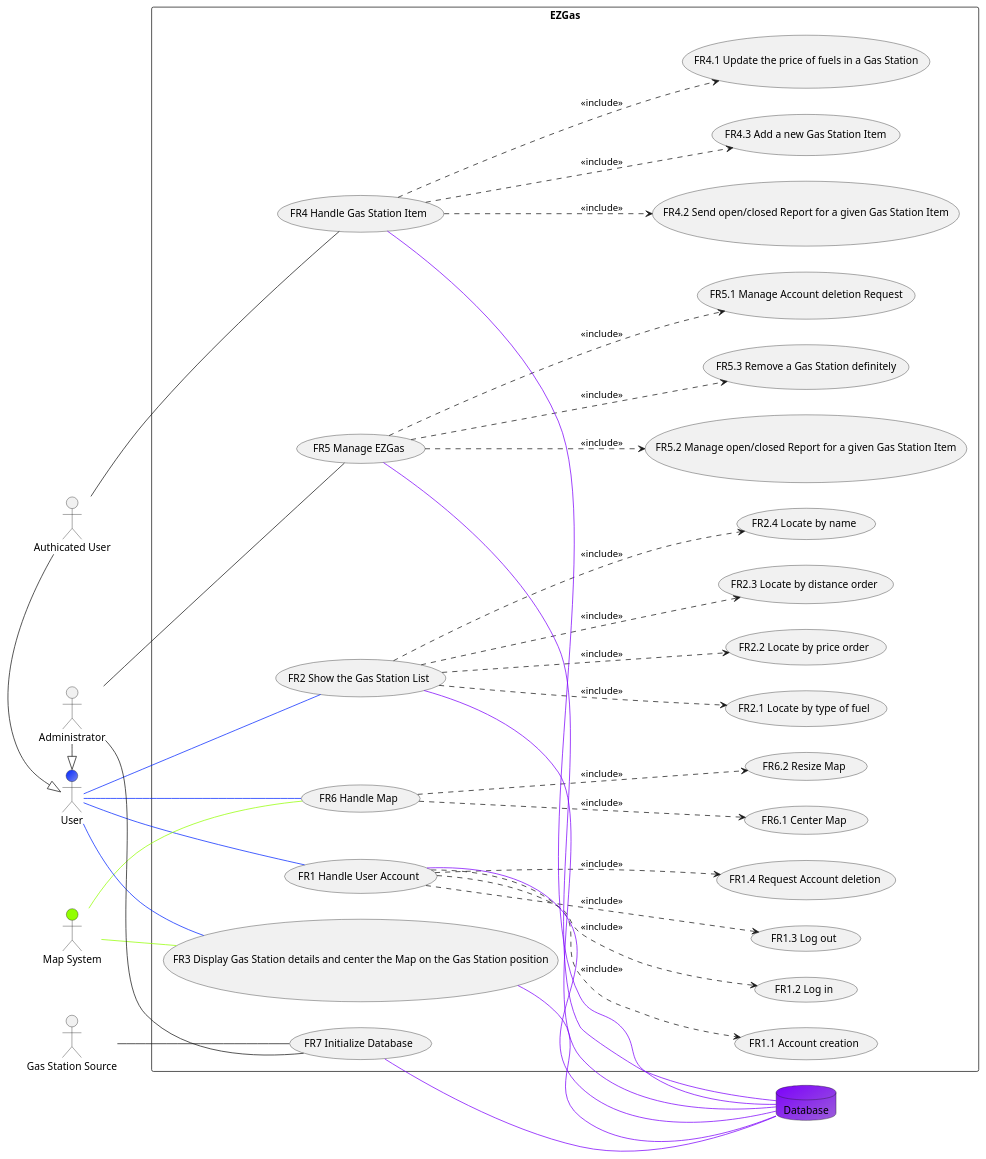
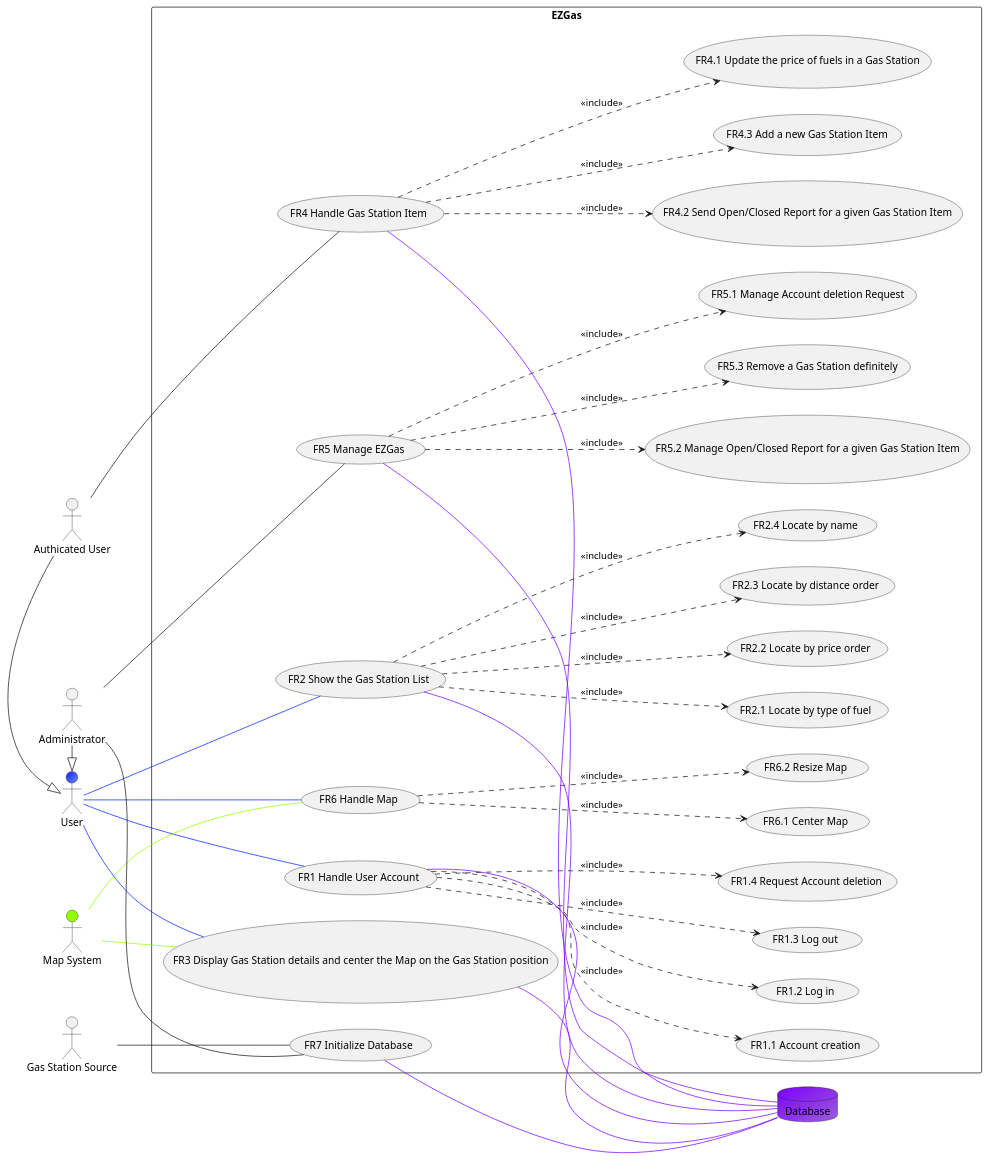
The second of 5 diagrams in docs/RequirementsDocument.md (aureliocirella/se1-ezgas), drawn with PlantUML before and after one commit. The commit also changed other lines of this file, not shown here.

```diff
--- a/docs/RequirementsDocument.md
+++ b/docs/RequirementsDocument.md
@@ -162,7 +162,7 @@
 actor User as u #0024ff/7888ed
 actor "Authicated User" as auth 
 actor "Map System" as m #92ff00/92ff00
-database "Database" as db #7c00fb/9b5ed9
+Database "Database" as db #7c00fb/9b5ed9
 actor "Gas Station Source" as gss
 
 rectangle EZGas {
@@ -179,11 +179,11 @@
 	(FR3 Display Gas Station details and center the Map on the Gas Station position) as FR3
 	(FR4 Handle Gas Station Item) as FR4
 	(FR4.1 Update the price of fuels in a Gas Station) as FR4.1
-	(FR4.2 Send open/closed Report for a given Gas Station Item) as FR4.2
+	(FR4.2 Send Open/Closed Report for a given Gas Station Item) as FR4.2
 	(FR4.3 Add a new Gas Station Item) as FR4.3
 	(FR5 Manage EZGas) as FR5
 	(FR5.1 Manage Account deletion Request) as FR5.1
-	(FR5.2 Manage open/closed Report for a given Gas Station Item) as FR5.2
+	(FR5.2 Manage Open/Closed Report for a given Gas Station Item) as FR5.2
 	(FR5.3 Remove a Gas Station definitely) as FR5.3
 	(FR6 Handle Map) as FR6
 	(FR6.1 Center Map) as FR6.1
```
